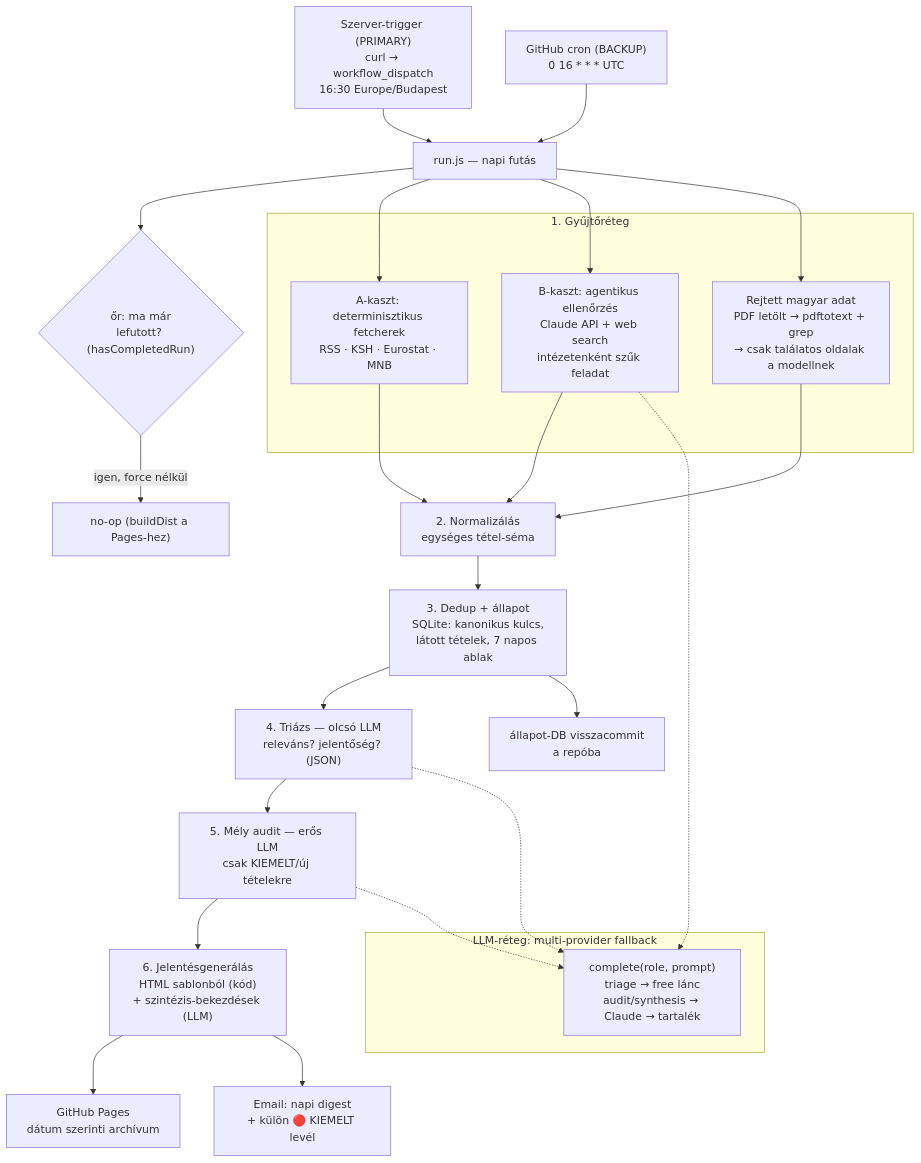
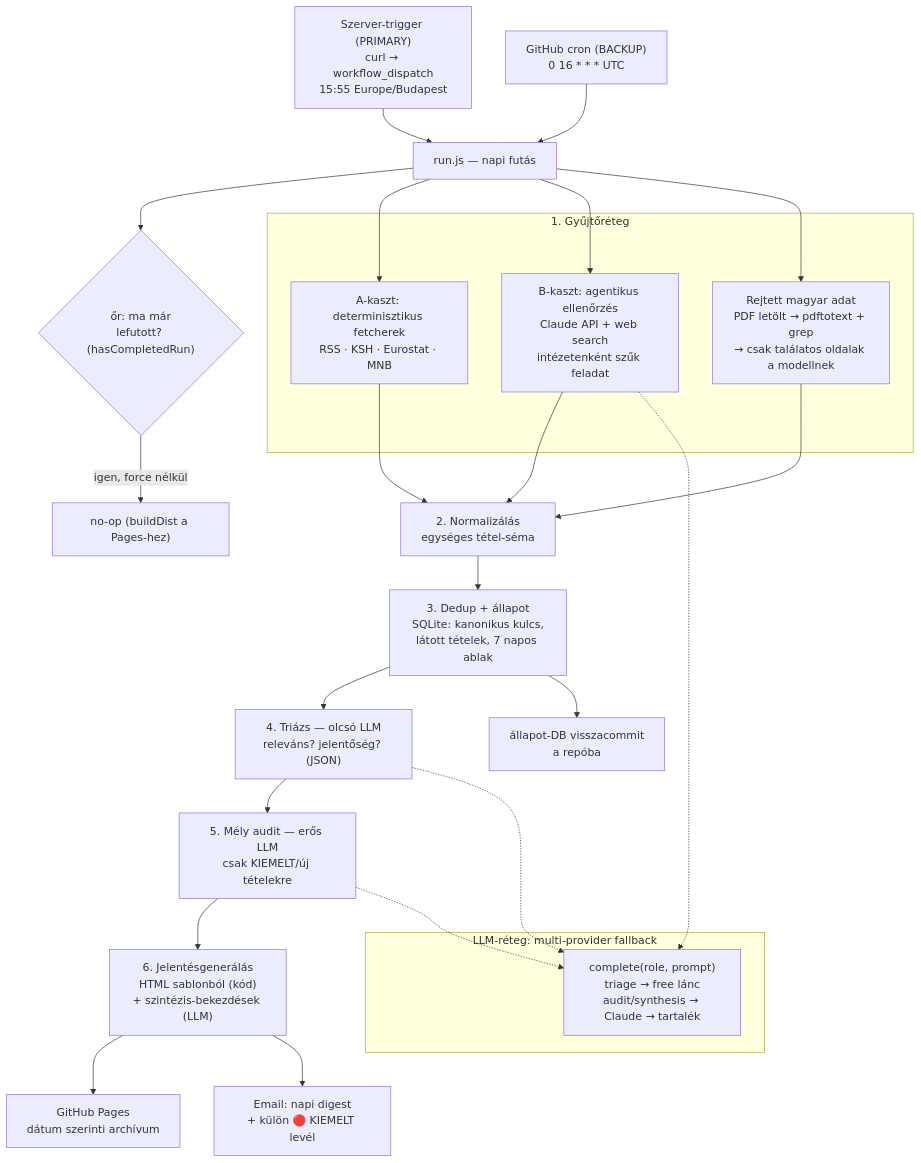
Before and after one commit to Goszmarton/survey-monitor: the diagram in docs/ARCHITEKTURA.md, drawn with Mermaid. The commit also changed other lines of this file and 8 other files, not shown here.

````diff
--- a/docs/ARCHITEKTURA.md
+++ b/docs/ARCHITEKTURA.md
@@ -42,38 +42,38 @@
 ```mermaid
 flowchart TD
-    SRV["Szerver-trigger (PRIMARY)\ncurl → workflow_dispatch\n16:30 Europe/Budapest"] --> RUN[run.js — napi futás]
+    SRV["Szerver-trigger (PRIMARY)\ncurl → workflow_dispatch\n15:55 Europe/Budapest"] --> RUN[run.js — napi futás]
     CRON["GitHub cron (BACKUP)\n0 16 * * * UTC"] --> RUN
     RUN --> GUARD{"őr: ma már\nlefutott? (hasCompletedRun)"}
     GUARD -->|igen, force nélkül| SKIP["no-op (buildDist a Pages-hez)"]
 
     subgraph GYUJTES["1. Gyűjtőréteg"]
         A["A-kaszt: determinisztikus fetcherek\nRSS · KSH · Eurostat · MNB"]
         B["B-kaszt: agentikus ellenőrzés\nClaude API + web search\nintézetenként szűk feladat"]
         C["Rejtett magyar adat\nPDF letölt → pdftotext + grep\n→ csak találatos oldalak a modellnek"]
     end
 
     RUN --> A
     RUN --> B
     RUN --> C
 
     A --> NORM["2. Normalizálás\negységes tétel-séma"]
     B --> NORM
     C --> NORM
 
     NORM --> DEDUP["3. Dedup + állapot\nSQLite: kanonikus kulcs,\nlátott tételek, 7 napos ablak"]
     DEDUP --> TRIAGE["4. Triázs — olcsó LLM\nreleváns? jelentőség? (JSON)"]
     TRIAGE --> AUDIT["5. Mély audit — erős LLM\ncsak KIEMELT/új tételekre"]
     AUDIT --> REPORT["6. Jelentésgenerálás\nHTML sablonból (kód)\n+ szintézis-bekezdések (LLM)"]
 
     REPORT --> PAGES["GitHub Pages\ndátum szerinti archívum"]
     REPORT --> MAIL["Email: napi digest\n+ külön 🔴 KIEMELT levél"]
     DEDUP --> COMMIT["állapot-DB visszacommit\na repóba"]
 
     subgraph LLMLAYER["LLM-réteg: multi-provider fallback"]
         P["complete(role, prompt)\ntriage → free lánc\naudit/synthesis → Claude → tartalék"]
     end
 
     TRIAGE -.-> P
     AUDIT -.-> P
     B -.-> P
 ```
````
